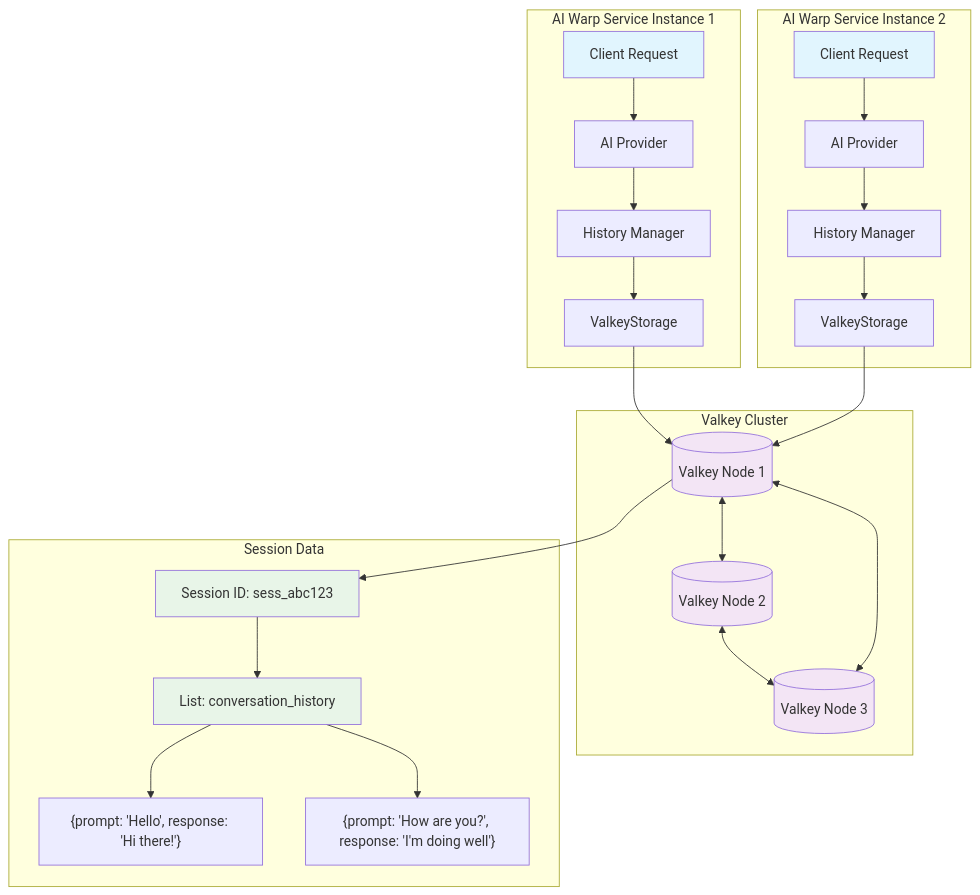
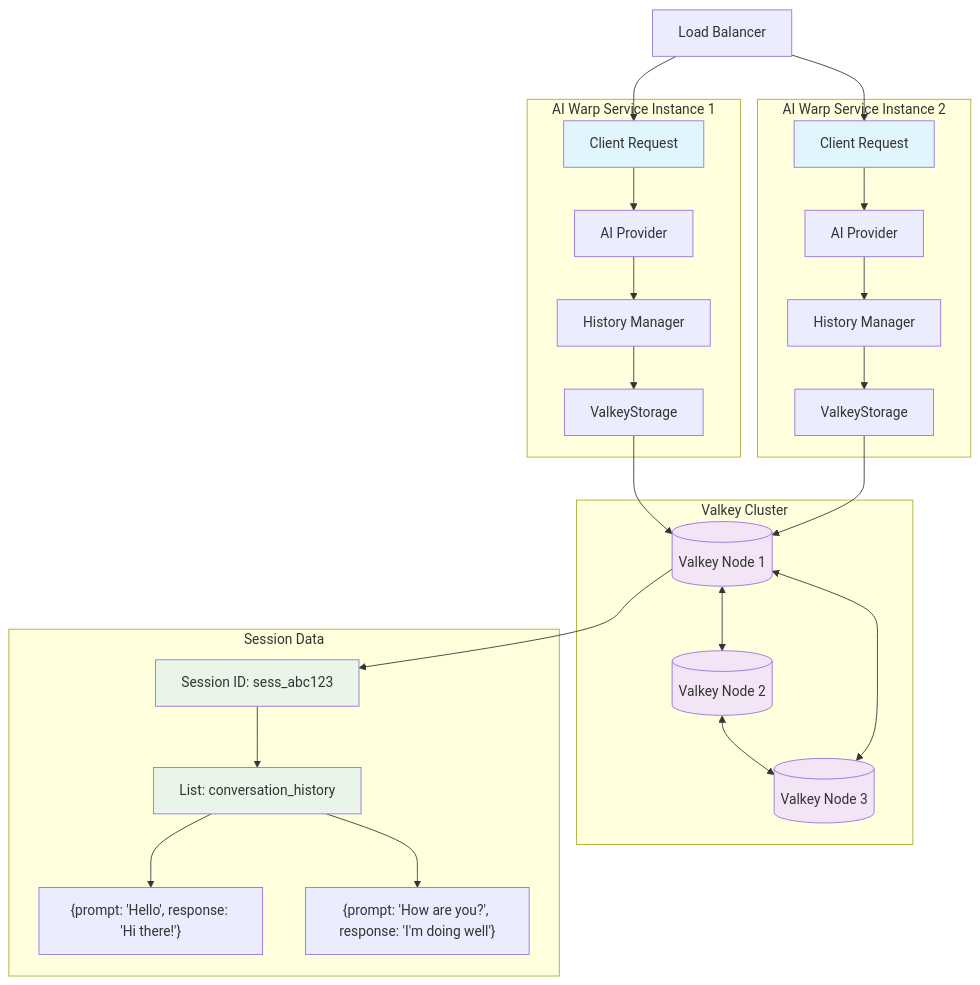
Before and after one commit to platformatic/ai-warp: the diagram in BLOG.md, drawn with Mermaid.

Commit message:
Add load balancer to mermaid diagram
Update the architecture diagram to show load balancer distributing requests to AI Warp service instances.

🤖 Generated with [Claude Code](https://claude.ai/code)

````diff
--- a/BLOG.md
+++ b/BLOG.md
@@ -91,46 +91,49 @@
 ```mermaid
 graph TB
+    LB[Load Balancer] --> A1
+    LB --> A2
+    
     subgraph "AI Warp Service Instance 1"
         A1[Client Request] --> B1[AI Provider]
         B1 --> C1[History Manager]
         C1 --> D1[ValkeyStorage]
     end
     
     subgraph "AI Warp Service Instance 2"
         A2[Client Request] --> B2[AI Provider]
         B2 --> C2[History Manager]
         C2 --> D2[ValkeyStorage]
     end
     
     subgraph "Valkey Cluster"
         V1[(Valkey Node 1)]
         V2[(Valkey Node 2)]
         V3[(Valkey Node 3)]
     end
     
     D1 --> V1
     D2 --> V1
     V1 <--> V2
     V2 <--> V3
     V3 <--> V1
     
     subgraph "Session Data"
         S1[Session ID: sess_abc123]
         S2[List: conversation_history]
         S3["{prompt: 'Hello', response: 'Hi there!'}"]
         S4["{prompt: 'How are you?', response: 'I'm doing well'}"]
     end
     
     V1 --> S1
     S1 --> S2
     S2 --> S3
     S2 --> S4
     
     style A1 fill:#e1f5fe
     style A2 fill:#e1f5fe
     style V1 fill:#f3e5f5
     style V2 fill:#f3e5f5
     style V3 fill:#f3e5f5
     style S1 fill:#e8f5e8
     style S2 fill:#e8f5e8
 ```
````
